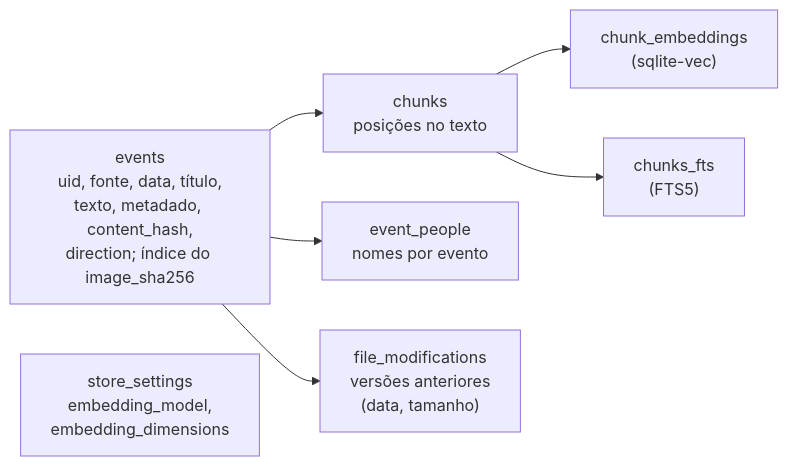
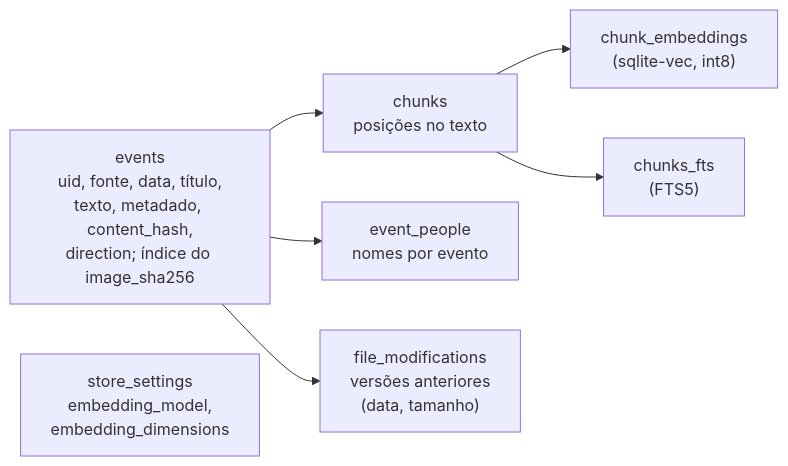
Before and after one commit to Chipskein/cade: diagram 12 of 12 in docs/ARCHITECTURE.md, drawn with Mermaid. The commit also changed 6 other files, not shown here.

````diff
--- a/docs/ARCHITECTURE.md
+++ b/docs/ARCHITECTURE.md
@@ -463,16 +463,16 @@
 ```mermaid
 flowchart LR
     events["events<br/>uid, fonte, data, título,<br/>texto, metadado, content_hash,<br/>direction; índice do image_sha256"]
     chunks["chunks<br/>posições no texto"]
-    vec["chunk_embeddings<br/>(sqlite-vec)"]
+    vec["chunk_embeddings<br/>(sqlite-vec, int8)"]
     fts["chunks_fts<br/>(FTS5)"]
     people["event_people<br/>nomes por evento"]
     files["file_modifications<br/>versões anteriores<br/>(data, tamanho)"]
     settings["store_settings<br/>embedding_model,<br/>embedding_dimensions"]
 
     events --> chunks
     chunks --> vec
     chunks --> fts
     events --> people
     events --> files
 ```
````
